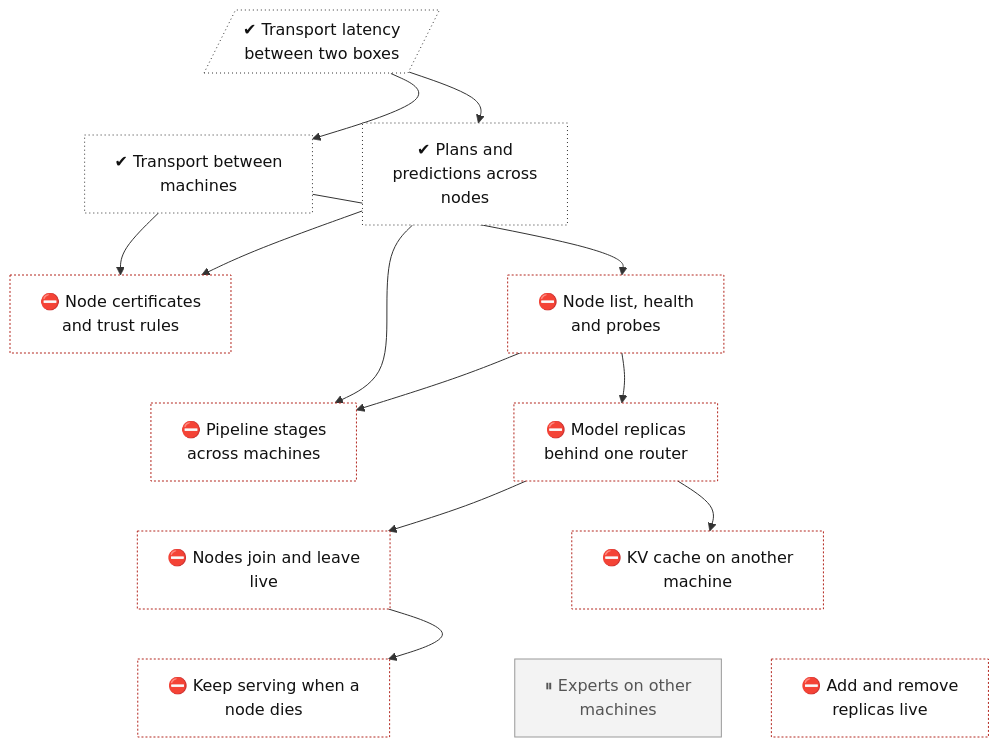
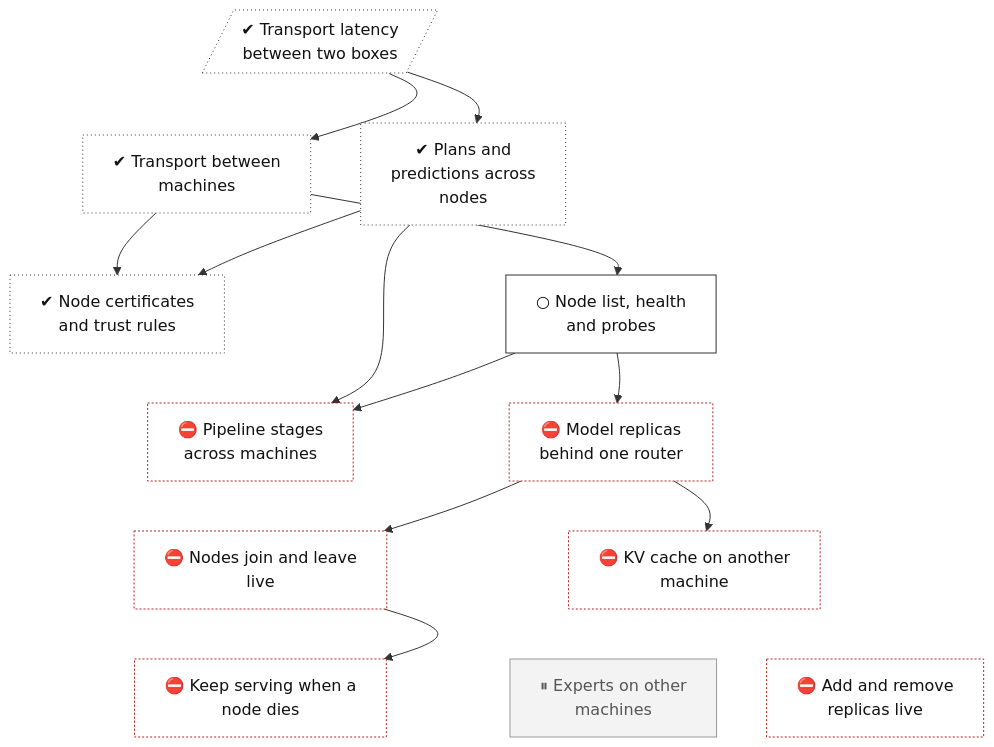
The diagram in docs/roadmap/tracks/cluster.md (lhns/tetraeder), drawn with Mermaid before and after one commit. The commit also changed other lines of this file and 6 other files, not shown here.

Commit message:
Tree: cluster-mtls done (delivered by steps 1 and 2), cluster-discovery next; q8_0 KV cost recorded in memory-kv-auto and ADR 0084; CUDA parity failures in the parity note (not measured)

````diff
--- a/docs/roadmap/tracks/cluster.md
+++ b/docs/roadmap/tracks/cluster.md
@@ -10,54 +10,55 @@
 ```mermaid
 flowchart TB
     cluster_transport_wan[/"✔ Transport latency<br/>between two boxes"/]
     cluster_transport["✔ Transport between<br/>machines"]
     cluster_planner["✔ Plans and<br/>predictions across<br/>nodes"]
-    cluster_mtls["⛔ Node certificates<br/>and trust rules"]
-    cluster_discovery["⛔ Node list, health<br/>and probes"]
+    cluster_mtls["✔ Node certificates<br/>and trust rules"]
+    cluster_discovery["○ Node list, health<br/>and probes"]
     cluster_pipeline_nodes["⛔ Pipeline stages<br/>across machines"]
     cluster_replicas["⛔ Model replicas<br/>behind one router"]
     cluster_join_leave["⛔ Nodes join and leave<br/>live"]
     cluster_remote_kv["⛔ KV cache on another<br/>machine"]
     cluster_failover["⛔ Keep serving when a<br/>node dies"]
     cluster_experts_nodes["⏸ Experts on other<br/>machines"]
     cluster_replica_scaling["⛔ Add and remove<br/>replicas live"]
     cluster_transport_wan ~~~ cluster_transport
     cluster_transport_wan ~~~ cluster_planner
     cluster_transport ~~~ cluster_mtls
     cluster_planner ~~~ cluster_discovery
     cluster_mtls ~~~ cluster_pipeline_nodes
     cluster_discovery ~~~ cluster_replicas
     cluster_pipeline_nodes ~~~ cluster_join_leave
     cluster_replicas ~~~ cluster_remote_kv
     cluster_join_leave ~~~ cluster_failover
     cluster_remote_kv ~~~ cluster_experts_nodes
     cluster_remote_kv ~~~ cluster_replica_scaling
     cluster_transport_wan --> cluster_transport
     cluster_transport_wan --> cluster_planner
     cluster_transport --> cluster_mtls
     cluster_planner --> cluster_mtls
     cluster_transport --> cluster_discovery
     cluster_planner --> cluster_pipeline_nodes
     cluster_discovery --> cluster_pipeline_nodes
     cluster_discovery --> cluster_replicas
     cluster_replicas --> cluster_join_leave
     cluster_replicas --> cluster_remote_kv
     cluster_join_leave --> cluster_failover
     classDef vsucc fill:#2e9e4f,stroke:#1b6b34,color:#fff
     classDef succ fill:#bfe8c8,stroke:#2e9e4f,color:#111
     classDef mixed fill:#ffd37a,stroke:#c98a00,color:#111
     classDef bad fill:#f28b82,stroke:#b3261e,color:#111
     classDef dead fill:#e6e6e6,stroke:#777,stroke-dasharray:5 5,color:#555
     classDef inprog fill:#a8cdf5,stroke:#1f6fc5,color:#111
     classDef next fill:#fff,stroke:#333,color:#111
     classDef blocked fill:#fff,stroke:#b3261e,stroke-dasharray:2 2,color:#111
     classDef parked fill:#f3f3f3,stroke:#999,color:#555
     classDef unrated fill:#fff,stroke:#333,stroke-dasharray:1 3,color:#111
     classDef gate fill:#d9c2f0,stroke:#7b3fb5,color:#111
     classDef decided fill:#ece0f7,stroke:#7b3fb5,stroke-dasharray:2 2,color:#111
     classDef finding fill:#ffe0b2,stroke:#d84315,stroke-width:2px,color:#111
     classDef waiting fill:#e3f2fd,stroke:#1f6fc5,stroke-dasharray:5 5,color:#111
-    class cluster_transport_wan,cluster_transport,cluster_planner unrated
-    class cluster_mtls,cluster_discovery,cluster_pipeline_nodes,cluster_replicas,cluster_join_leave,cluster_remote_kv,cluster_failover,cluster_replica_scaling blocked
+    class cluster_transport_wan,cluster_transport,cluster_planner,cluster_mtls unrated
+    class cluster_discovery next
+    class cluster_pipeline_nodes,cluster_replicas,cluster_join_leave,cluster_remote_kv,cluster_failover,cluster_replica_scaling blocked
     class cluster_experts_nodes parked
 ```
````
